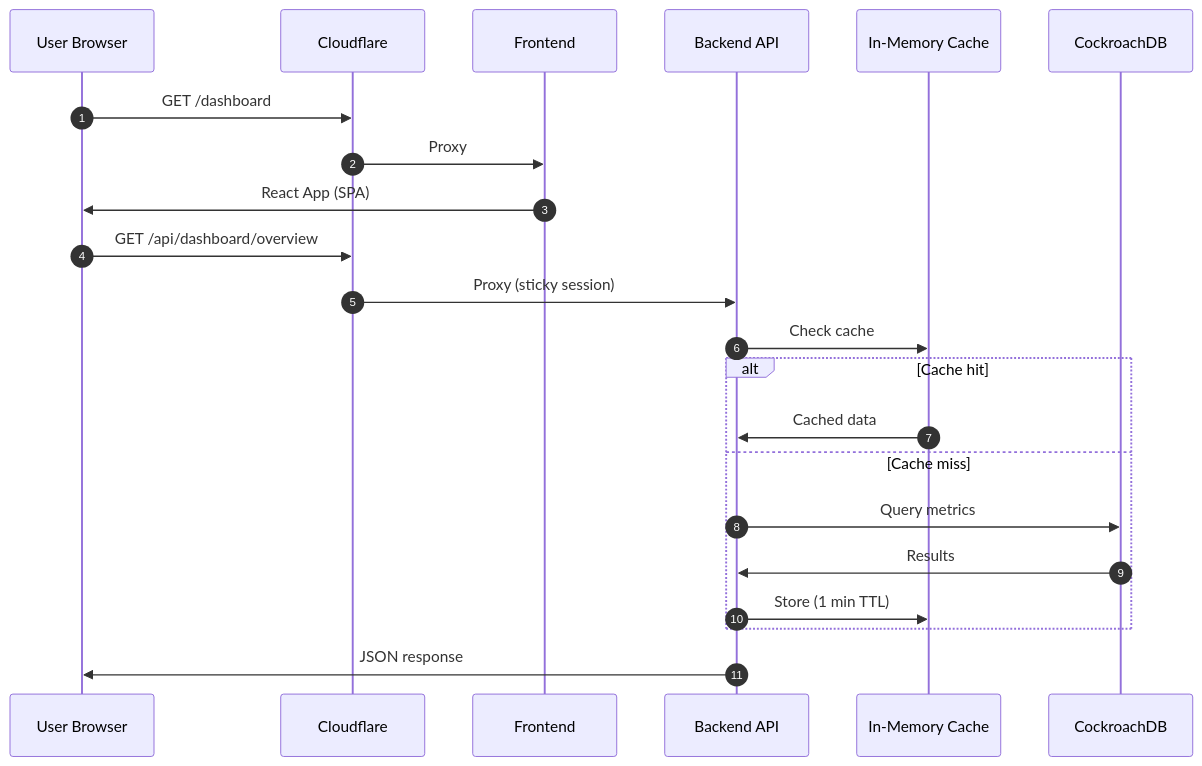
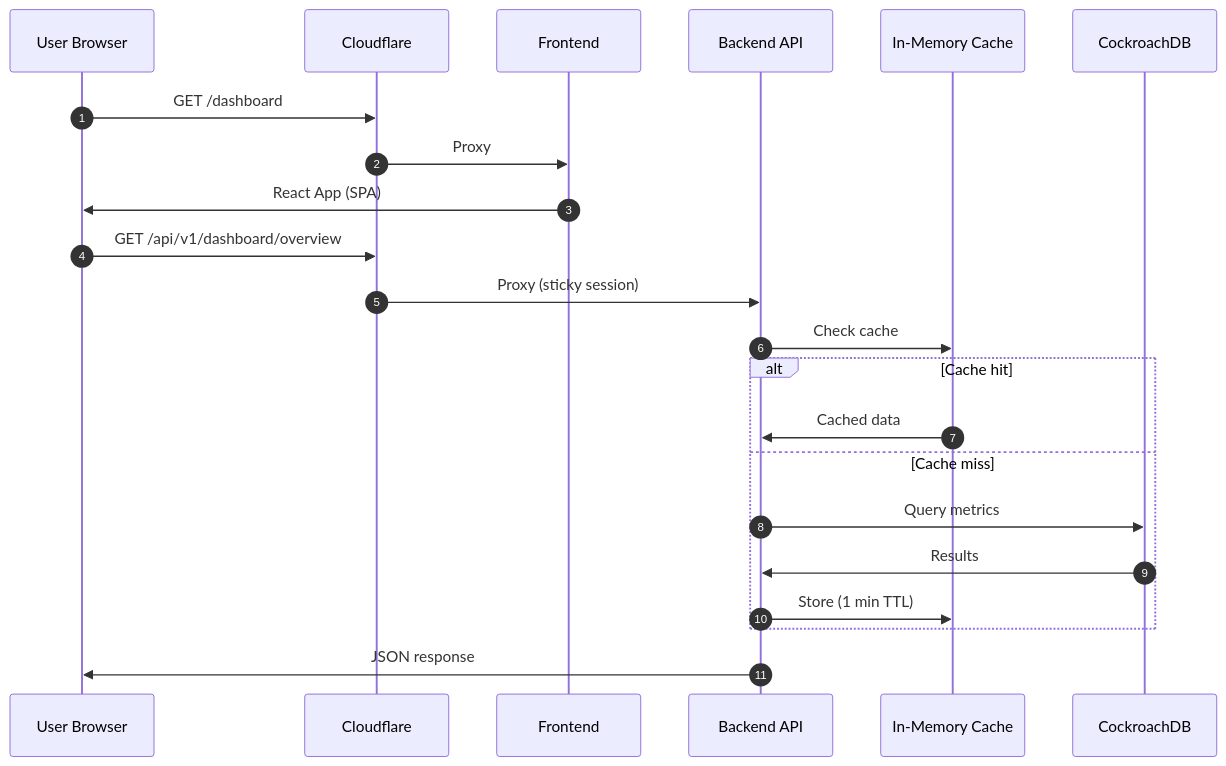
Diagram 15 of 15 in docs/design/DATA_FLOW.md (EveShark/CyberMesh), drawn with Mermaid before and after one commit. The commit also changed other lines of this file and 13 other files, not shown here.

Commit message:
Update architecture and design documentation

````diff
--- a/docs/design/DATA_FLOW.md
+++ b/docs/design/DATA_FLOW.md
@@ -553,29 +603,29 @@
 ```mermaid
 sequenceDiagram
     autonumber
     participant User as User Browser
     participant CF as Cloudflare
     participant FE as Frontend
     participant BE as Backend API
     participant Cache as In-Memory Cache
     participant DB as CockroachDB
     
     User->>CF: GET /dashboard
     CF->>FE: Proxy
     FE->>User: React App (SPA)
     
-    User->>CF: GET /api/dashboard/overview
+    User->>CF: GET /api/v1/dashboard/overview
     CF->>BE: Proxy (sticky session)
     
     BE->>Cache: Check cache
     
     alt Cache hit
         Cache->>BE: Cached data
     else Cache miss
         BE->>DB: Query metrics
         DB->>BE: Results
         BE->>Cache: Store (1 min TTL)
     end
     
     BE->>User: JSON response
 ```
````
